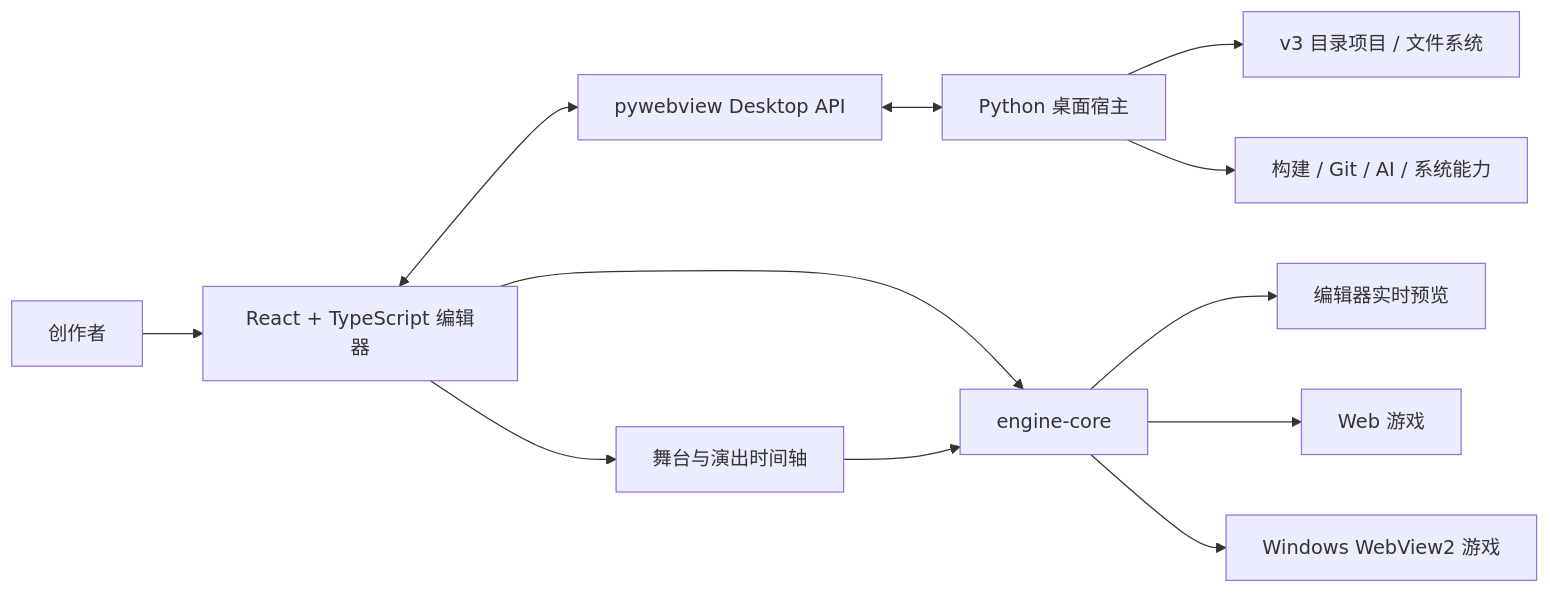
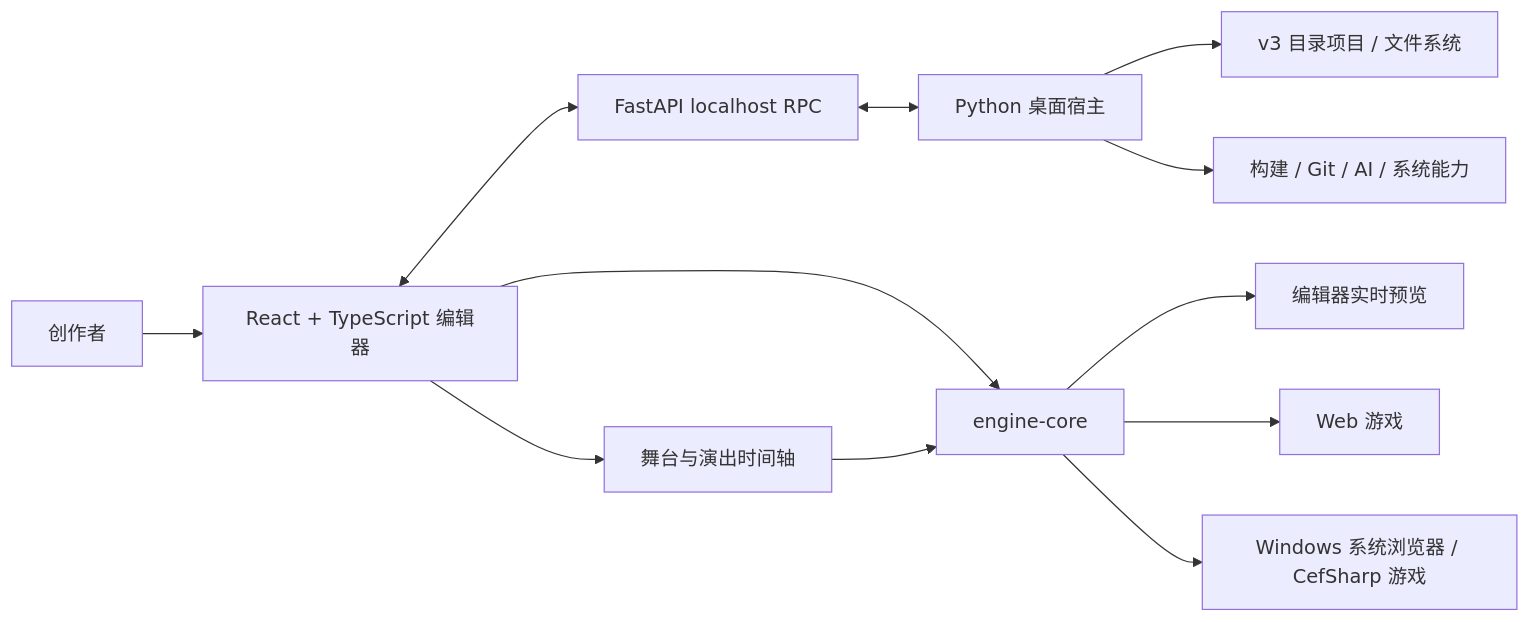
The first of 3 diagrams in README.md (Little-Tree-Studio/Hikari-Studio), drawn with Mermaid before and after one commit. The commit also changed other lines of this file and 85 other files, not shown here.

````diff
--- a/README.md
+++ b/README.md
@@ -86,14 +86,14 @@
 ```mermaid
 flowchart LR
     Creator["创作者"] --> Editor["React + TypeScript 编辑器"]
-    Editor <--> Bridge["pywebview Desktop API"]
+    Editor <--> Bridge["FastAPI localhost RPC"]
     Bridge <--> Host["Python 桌面宿主"]
     Host --> FS["v3 目录项目 / 文件系统"]
     Host --> Build["构建 / Git / AI / 系统能力"]
     Editor --> Core["engine-core"]
     Editor --> Timeline["舞台与演出时间轴"]
     Core --> Preview["编辑器实时预览"]
     Core --> Web["Web 游戏"]
-    Core --> Win["Windows WebView2 游戏"]
+    Core --> Win["Windows 系统浏览器 / CefSharp 游戏"]
     Timeline --> Core
 ```
````
